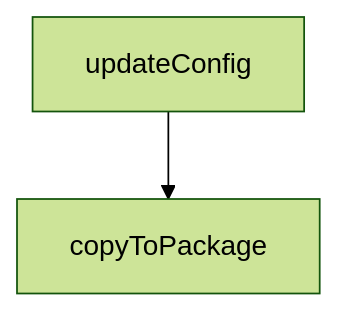
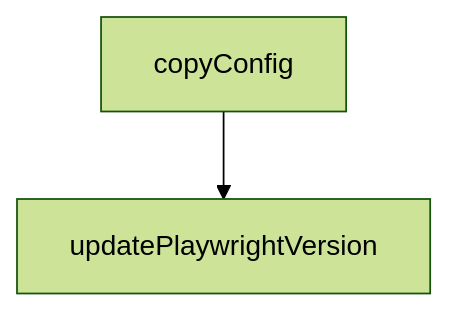
One commit to johnxie/awesome-code-docs changed the diagram in tutorials/playwright-mcp-tutorial/05-profile-state-extension-and-auth-sessions.md. Above: the diagram before and after it, drawn with Mermaid (forest theme). The commit also changed other lines of this file and 104 other files, not shown here.

````diff
--- a/tutorials/playwright-mcp-tutorial/05-profile-state-extension-and-auth-sessions.md
+++ b/tutorials/playwright-mcp-tutorial/05-profile-state-extension-and-auth-sessions.md
@@ -125,6 +130,6 @@
 ```mermaid
 flowchart TD
-    A[updateConfig]
-    B[copyToPackage]
+    A[copyConfig]
+    B[updatePlaywrightVersion]
     A --> B
 ```
````
